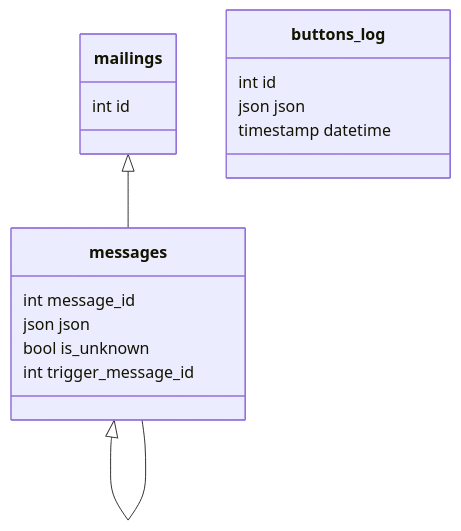
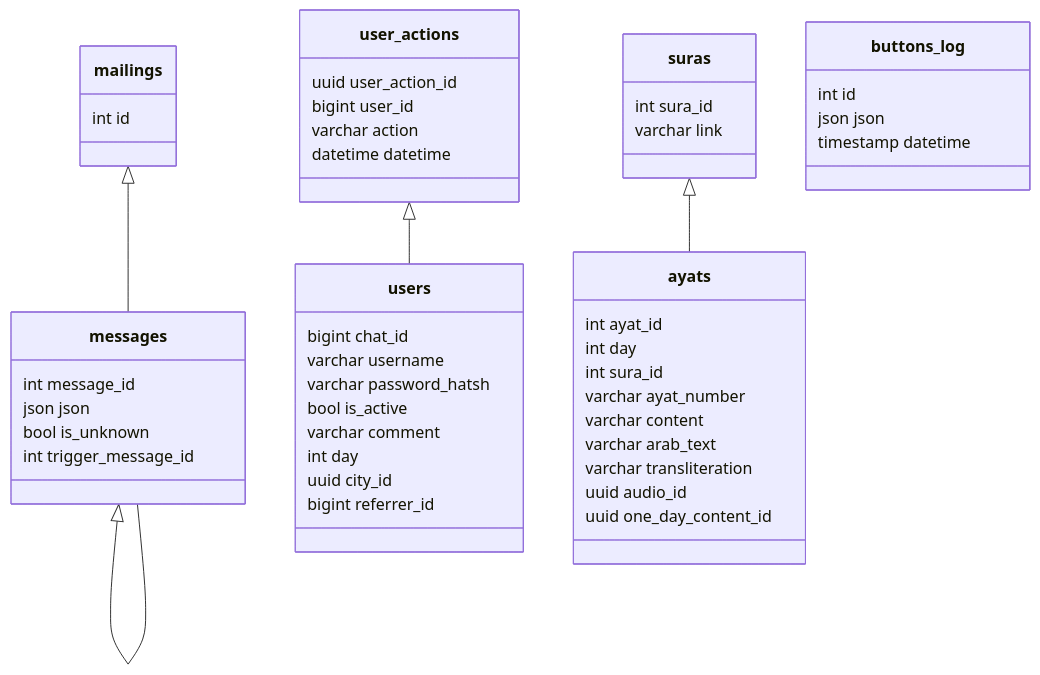
Before and after one commit to blablatdinov/tg-quranbot: the second of 2 diagrams in docs/db_schema_specification.md, drawn with Mermaid. The commit also changed other lines of this file and 2 other files, not shown here.

Commit message:
Admin panel db schema [skip ci] (#114)

````diff
--- a/docs/db_schema_specification.md
+++ b/docs/db_schema_specification.md
@@ -103,19 +89,52 @@
 ```mermaid
 classDiagram
     mailings <|-- messages
     messages <|-- messages
+    user_actions <|-- users
+    suras <|-- ayats
     class messages{
         int message_id
         json json
         bool is_unknown
         int trigger_message_id
     }
     class mailings{
         int id
     }
     class buttons_log{
         int id
         json json
         timestamp datetime
     }
+    class user_actions{
+        uuid user_action_id
+        bigint user_id
+        varchar action
+        datetime datetime
+    }
+    class users{
+        bigint chat_id
+        varchar username
+        varchar password_hatsh
+        bool is_active
+        varchar comment
+        int day
+        uuid city_id
+        bigint referrer_id
+    }
+    class suras{
+        int sura_id
+        varchar link
+    }
+    class ayats{
+        int ayat_id
+        int day
+        int sura_id
+        varchar ayat_number
+        varchar content
+        varchar arab_text
+        varchar transliteration
+        uuid audio_id
+        uuid one_day_content_id
+    }
 ```
````
